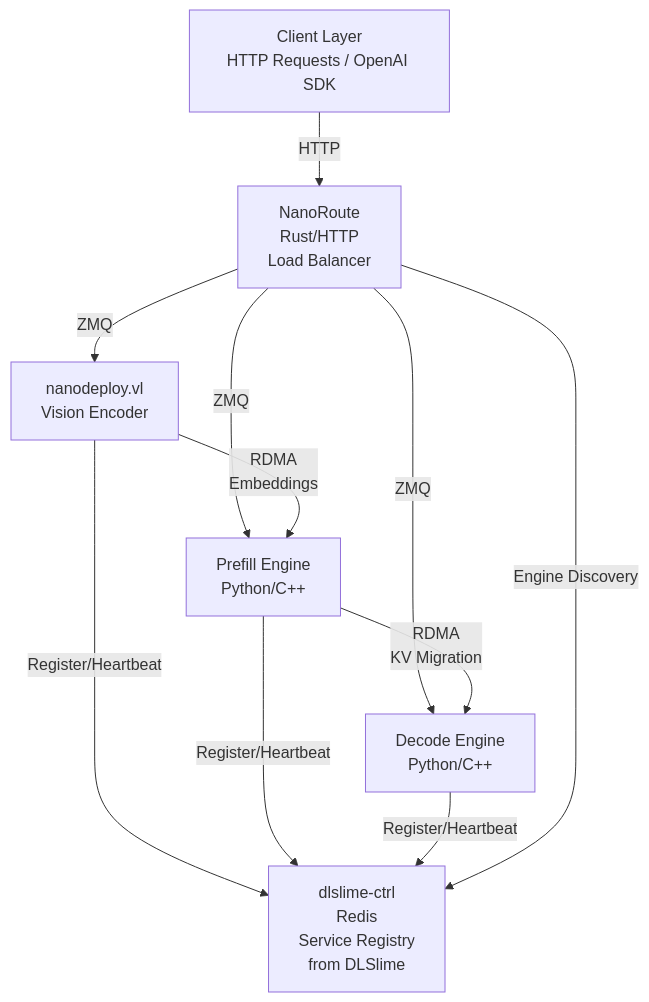
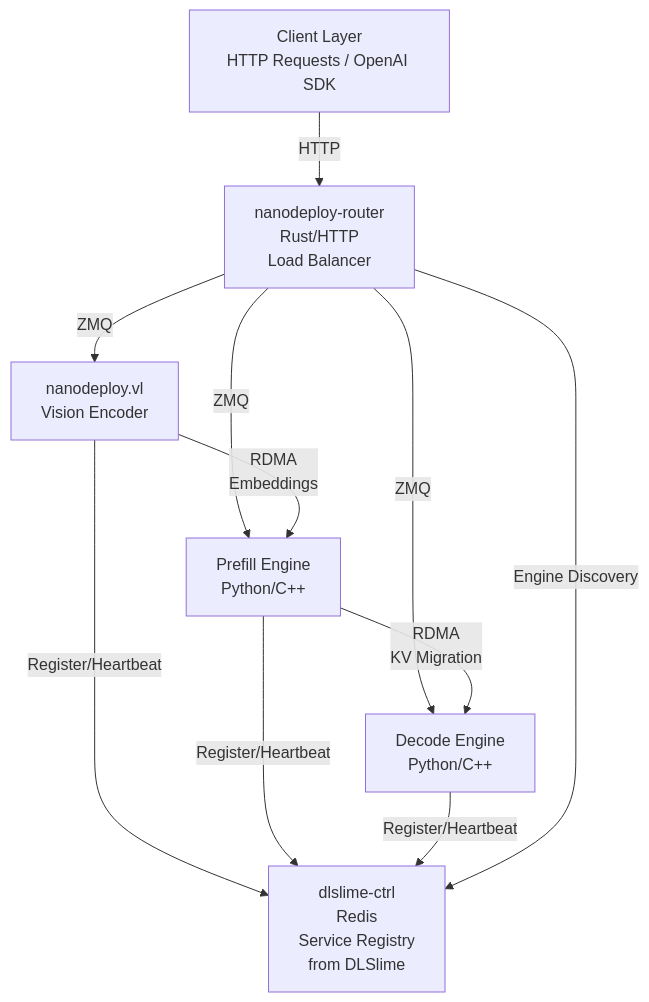
One commit to nano-infra/NanoEngine changed the diagram in README.md. Above: the diagram before and after it, drawn with Mermaid. The commit also changed other lines of this file and 274 other files, not shown here.

````diff
--- a/README.md
+++ b/README.md
@@ -45,20 +45,20 @@
 ```mermaid
 graph TB
     Client[Client Layer<br/>HTTP Requests / OpenAI SDK]
-    Route[NanoRoute<br/>Rust/HTTP<br/>Load Balancer]
+    Route[nanodeploy-router<br/>Rust/HTTP<br/>Load Balancer]
     VL[nanodeploy.vl<br/>Vision Encoder]
     Prefill[Prefill Engine<br/>Python/C++]
     Decode[Decode Engine<br/>Python/C++]
     Ctrl[dlslime-ctrl<br/>Redis<br/>Service Registry<br/>from DLSlime]
 
     Client -->|HTTP| Route
     Route -->|ZMQ| VL
     Route -->|ZMQ| Prefill
     Route -->|ZMQ| Decode
     VL -->|RDMA<br/>Embeddings| Prefill
     Prefill -->|RDMA<br/>KV Migration| Decode
     VL -->|Register/Heartbeat| Ctrl
     Prefill -->|Register/Heartbeat| Ctrl
     Decode -->|Register/Heartbeat| Ctrl
     Route -->|Engine Discovery| Ctrl
 ```
````
